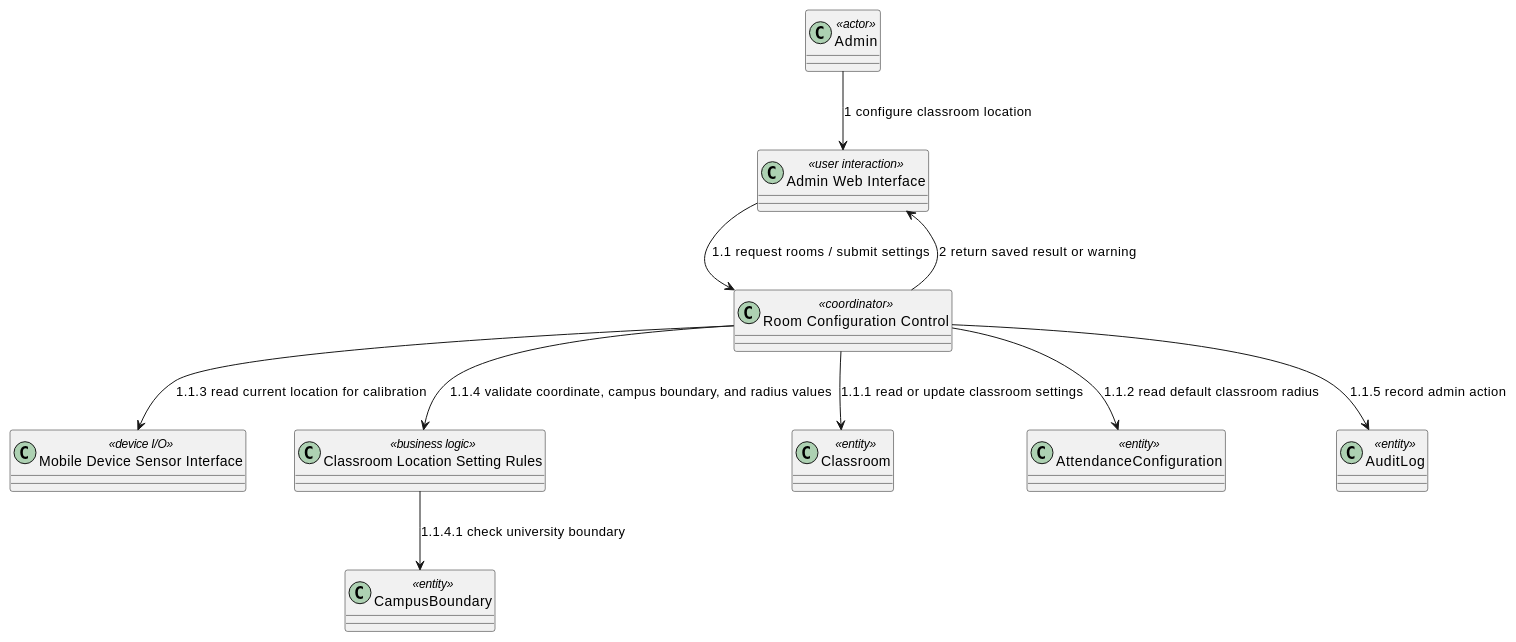
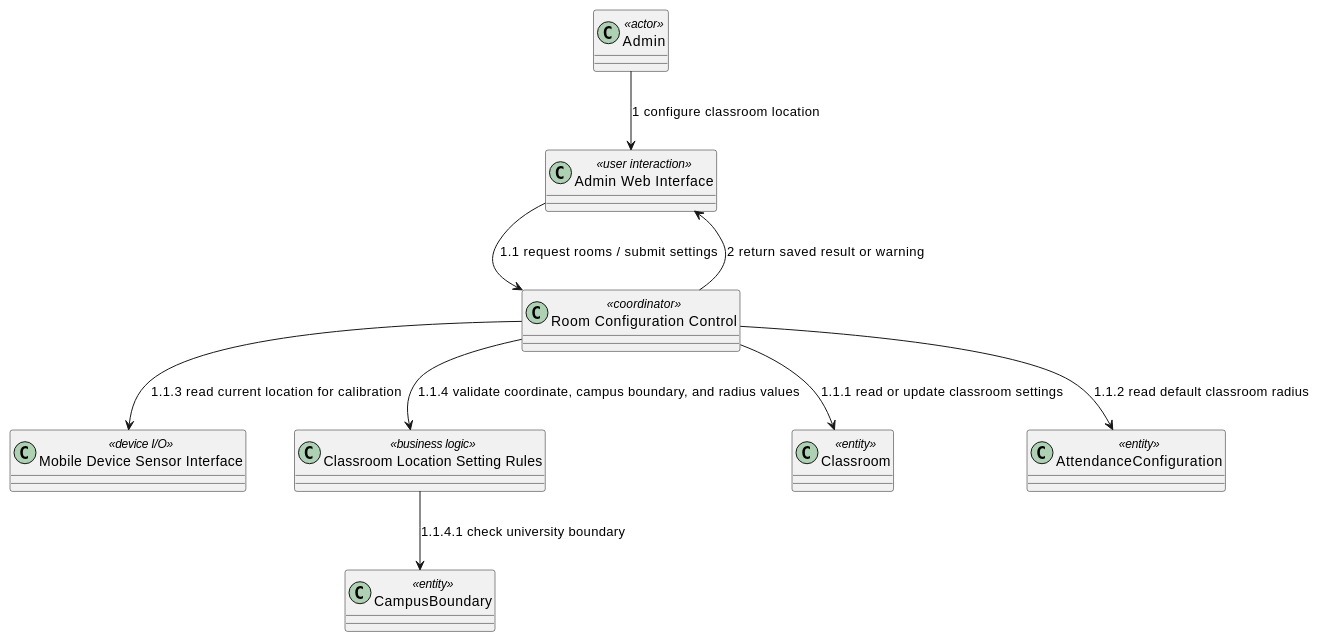
Before and after one commit to nttung42/SWD392: diagram 26 of 29 in docs/sds/2_Analysis.md, drawn with PlantUML. The commit also changed other lines of this file and 5 other files, not shown here.

````diff
--- a/docs/sds/2_Analysis.md
+++ b/docs/sds/2_Analysis.md
@@ -1238,23 +1294,21 @@
 ```plantuml
 @startuml
 class "Admin" as Admin <<actor>>
 class "Admin Web Interface" as AdminUI <<user interaction>>
 class "Room Configuration Control" as RoomControl <<coordinator>>
 class "Mobile Device Sensor Interface" as MobileSensor <<device I/O>>
 class "Classroom Location Setting Rules" as LocationSettingRules <<business logic>>
 class "Classroom" as Classroom <<entity>>
 class "CampusBoundary" as CampusBoundary <<entity>>
 class "AttendanceConfiguration" as AttendanceConfig <<entity>>
-class "AuditLog" as AuditLog <<entity>>
 
 Admin --> AdminUI : 1 configure classroom location
 AdminUI --> RoomControl : 1.1 request rooms / submit settings
 RoomControl --> Classroom : 1.1.1 read or update classroom settings
 RoomControl --> AttendanceConfig : 1.1.2 read default classroom radius
 RoomControl --> MobileSensor : 1.1.3 read current location for calibration
 RoomControl --> LocationSettingRules : 1.1.4 validate coordinate, campus boundary, and radius values
 LocationSettingRules --> CampusBoundary : 1.1.4.1 check university boundary
-RoomControl --> AuditLog : 1.1.5 record admin action
 RoomControl --> AdminUI : 2 return saved result or warning
 @enduml
 ```
````
